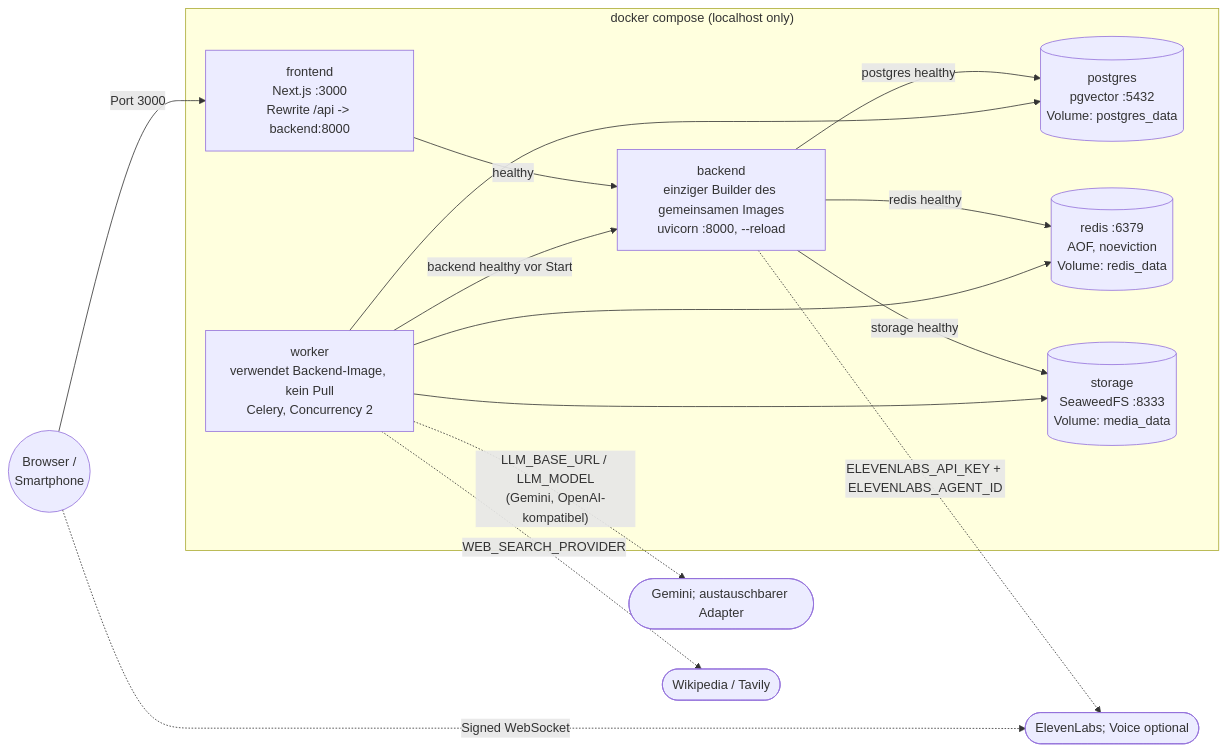
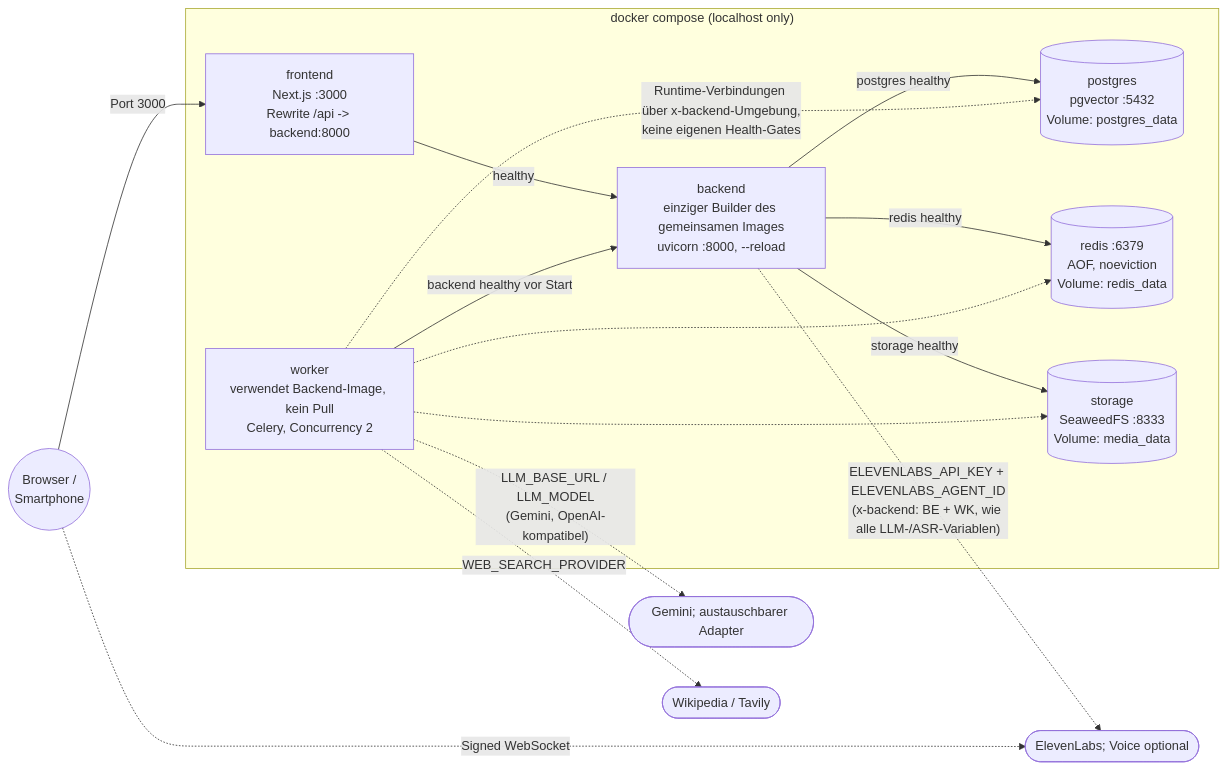
Before and after one commit to johannes3502/hackathon-fulda: the second of 12 diagrams in docs/03-architecture.md, drawn with Mermaid. The commit also changed other lines of this file and 19 other files, not shown here.

````diff
--- a/docs/03-architecture.md
+++ b/docs/03-architecture.md
@@ -144,25 +145,25 @@
 ```mermaid
 flowchart LR
     subgraph Host["docker compose (localhost only)"]
         FE["frontend<br/>Next.js :3000<br/>Rewrite /api -> backend:8000"]
         BE["backend<br/>einziger Builder des gemeinsamen Images<br/>uvicorn :8000, --reload"]
         WK["worker<br/>verwendet Backend-Image, kein Pull<br/>Celery, Concurrency 2"]
         PG[("postgres<br/>pgvector :5432<br/>Volume: postgres_data")]
         RD[("redis :6379<br/>AOF, noeviction<br/>Volume: redis_data")]
         ST[("storage<br/>SeaweedFS :8333<br/>Volume: media_data")]
     end
 
     User(("Browser /<br/>Smartphone")) -->|"Port 3000"| FE
     FE -->|"healthy"| BE
     BE -->|"postgres healthy"| PG
     BE -->|"storage healthy"| ST
     BE -->|"redis healthy"| RD
     WK -->|"backend healthy vor Start"| BE
-    WK --> PG
-    WK --> ST
-    WK --> RD
+    WK -. "Runtime-Verbindungen über x-backend-Umgebung,<br/>keine eigenen Health-Gates" .-> PG
+    WK -.-> ST
+    WK -.-> RD
     WK -. "LLM_BASE_URL / LLM_MODEL<br/>(Gemini, OpenAI-kompatibel)" .-> LLM(["Gemini; austauschbarer Adapter"])
-    BE -. "ELEVENLABS_API_KEY + ELEVENLABS_AGENT_ID" .-> EL(["ElevenLabs; Voice optional"])
+    BE -. "ELEVENLABS_API_KEY + ELEVENLABS_AGENT_ID<br/>(x-backend: BE + WK, wie alle LLM-/ASR-Variablen)" .-> EL(["ElevenLabs; Voice optional"])
     User -. "Signed WebSocket" .-> EL
     WK -. "WEB_SEARCH_PROVIDER" .-> WS(["Wikipedia / Tavily"])
 ```
````
